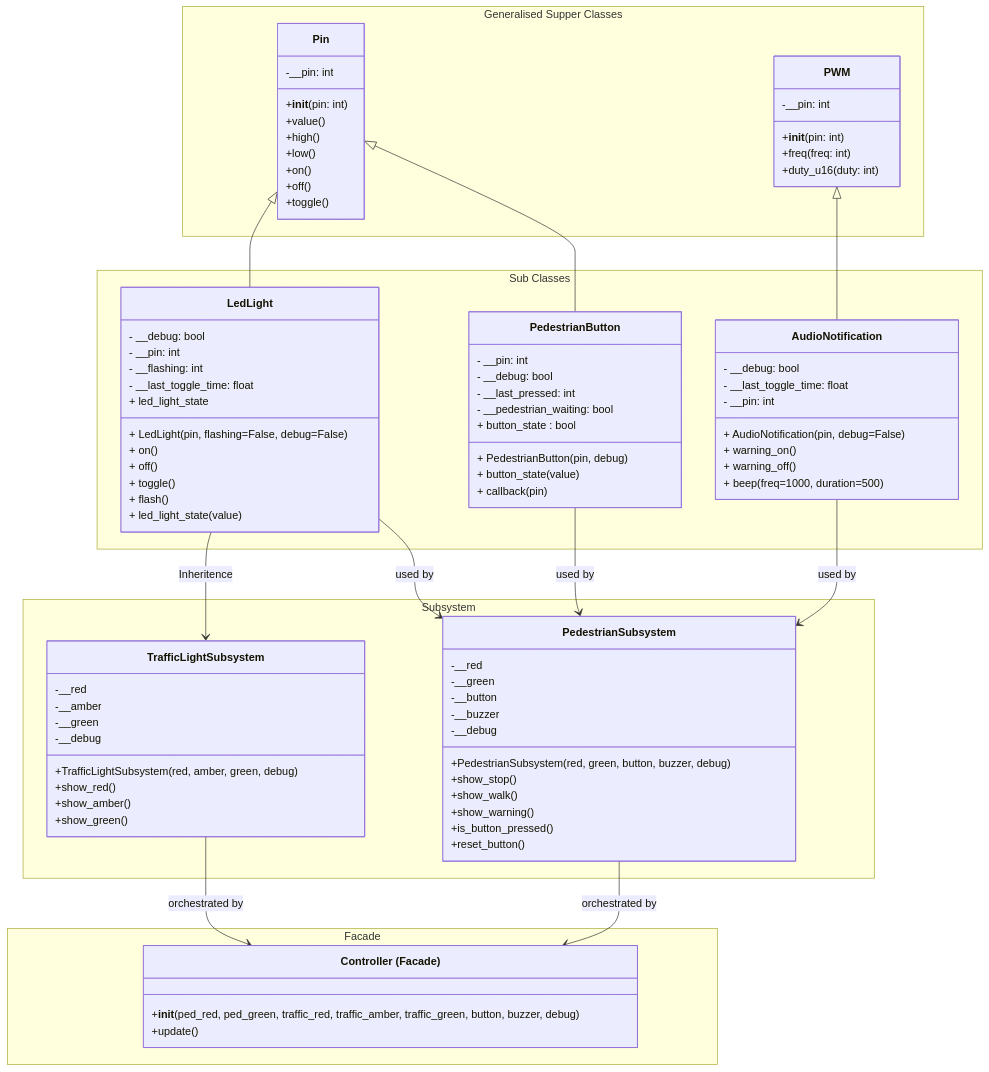
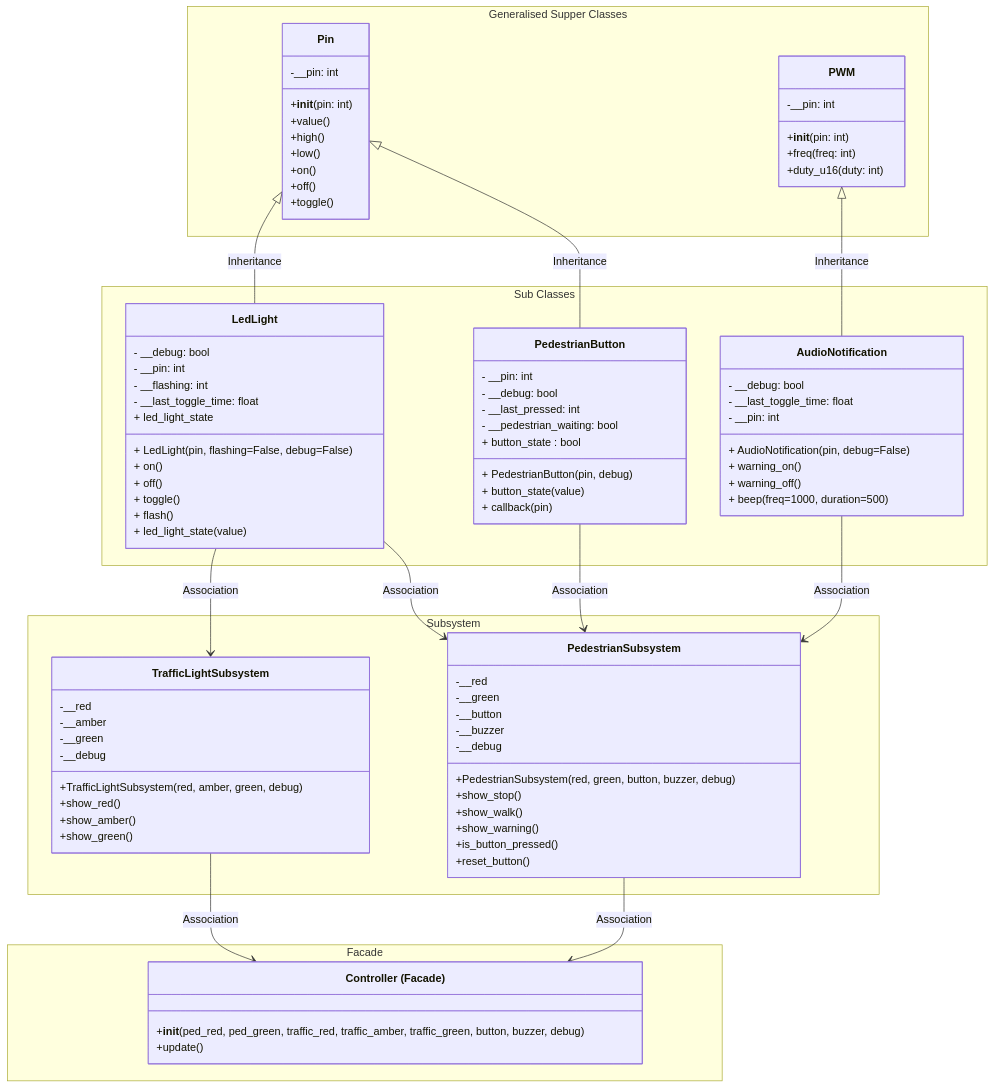
One commit to TempeHS/MicroPython_OOP_Pi_Pico_Mini_Project_Source changed the diagram in tutorials/Lecture7.md. Above: the diagram before and after it, drawn with Mermaid.

Commit message:
refactor: update class diagram in Lecture7.md to clarify inheritance and association relationships

````diff
--- a/tutorials/Lecture7.md
+++ b/tutorials/Lecture7.md
@@ -163,17 +163,17 @@
     }
 
     %% Layer 1 -> Layer 2: inheritance from MicroPython base classes
-    Pin <|-- LedLight
-    Pin <|-- PedestrianButton
-    PWM <|-- AudioNotification
+    Pin <|-- LedLight : Inheritance
+    Pin <|-- PedestrianButton : Inheritance
+    PWM <|-- AudioNotification : Inheritance
 
     %% Layer 2 -> Layer 3: subsystem composition/usage
-    LedLight --> TrafficLightSubsystem : Inheritence
-    LedLight --> PedestrianSubsystem : used by
-    PedestrianButton --> PedestrianSubsystem : used by
-    AudioNotification --> PedestrianSubsystem : used by
+    LedLight --> TrafficLightSubsystem : Association
+    LedLight --> PedestrianSubsystem : Association
+    PedestrianButton --> PedestrianSubsystem : Association
+    AudioNotification --> PedestrianSubsystem : Association
 
     %% Layer 3 -> Layer 4: facade orchestration
-    TrafficLightSubsystem --> ControllerFacade : orchestrated by
-    PedestrianSubsystem --> ControllerFacade : orchestrated by
+    TrafficLightSubsystem --> ControllerFacade : Association
+    PedestrianSubsystem --> ControllerFacade : Association
 ```
````
